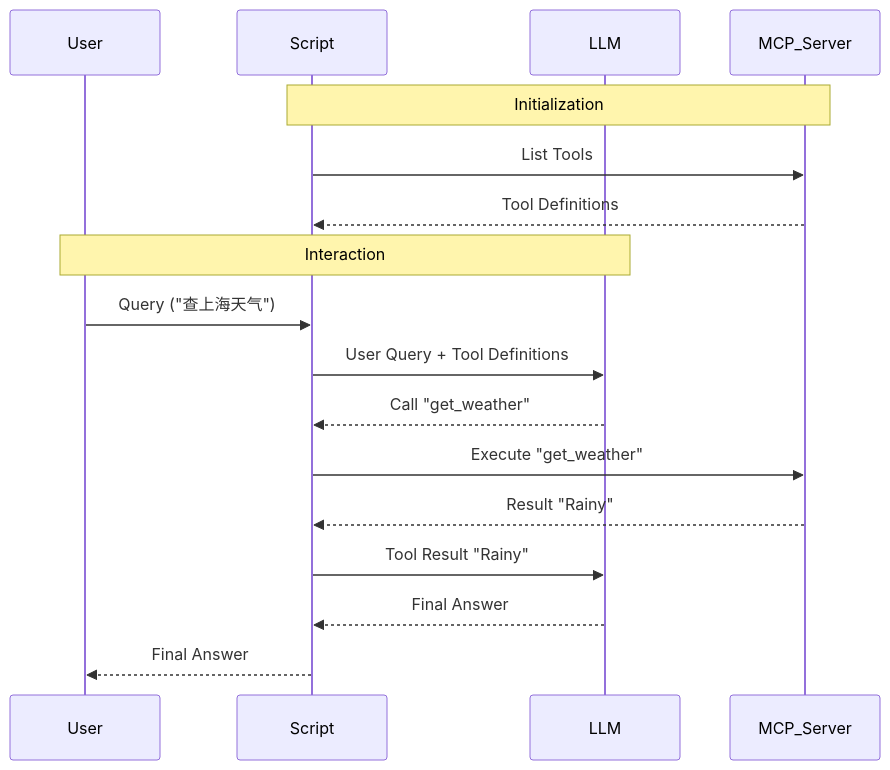
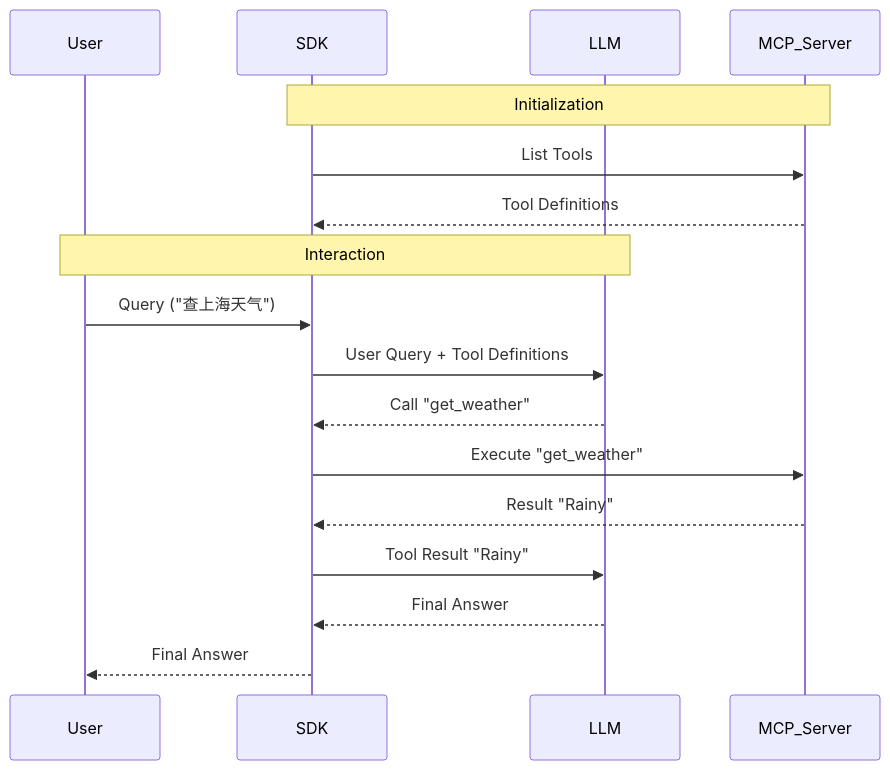
The sixth of 22 diagrams in tutorial/workshop.md (valkryhx/google_adk_agent), drawn with Mermaid before and after one commit. The commit also changed other lines of this file, not shown here.

````diff
--- a/tutorial/workshop.md
+++ b/tutorial/workshop.md
@@ -319,21 +320,21 @@
 ```mermaid
 sequenceDiagram
     participant User
-    participant Script
+    participant SDK
     participant LLM
     participant MCP_Server
     
-    Note over Script, MCP_Server: Initialization
-    Script->>MCP_Server: List Tools
-    MCP_Server-->>Script: Tool Definitions
+    Note over SDK, MCP_Server: Initialization
+    SDK->>MCP_Server: List Tools
+    MCP_Server-->>SDK: Tool Definitions
     
     Note over User, LLM: Interaction
-    User->>Script: Query ("查上海天气")
-    Script->>LLM: User Query + Tool Definitions
-    LLM-->>Script: Call "get_weather"
-    Script->>MCP_Server: Execute "get_weather"
-    MCP_Server-->>Script: Result "Rainy"
-    Script->>LLM: Tool Result "Rainy"
-    LLM-->>Script: Final Answer
-    Script-->>User: Final Answer
+    User->>SDK: Query ("查上海天气")
+    SDK->>LLM: User Query + Tool Definitions
+    LLM-->>SDK: Call "get_weather"
+    SDK->>MCP_Server: Execute "get_weather"
+    MCP_Server-->>SDK: Result "Rainy"
+    SDK->>LLM: Tool Result "Rainy"
+    LLM-->>SDK: Final Answer
+    SDK-->>User: Final Answer
 ```
````
